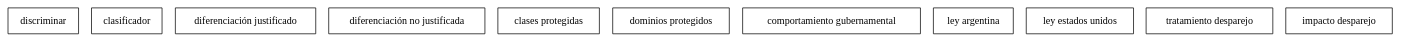
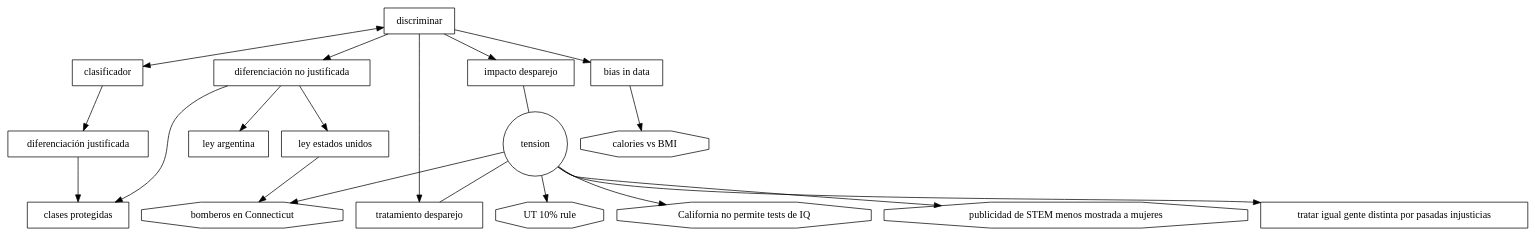
One commit to seppo0010/fairness-talk changed the diagram in main.dot. Above: the diagram before and after it, drawn with Graphviz.

Commit message:
progress

```diff
--- a/main.dot
+++ b/main.dot
@@ -2,26 +2,51 @@
     node [shape=box];
     discrimination [ label="discriminar" ];
     classifier [ label="clasificador" ];
-    justified_discrimination [ label="diferenciación justificado" ]
+    justified_discrimination [ label="diferenciación justificada" ]
     unjustified_discrimination [ label="diferenciación no justificada" ]
     protected_classes [ label="clases protegidas" ]
-    protected_domains [ label="dominios protegidos" ]
-    government_behavior [ label="comportamiento gubernamental" ]
     arg_law [ label="ley argentina" ]
     usa_law [ label="ley estados unidos" ]
     disparate_treatment [ label="tratamiento desparejo" ]
     disparate_impact [ label="impacto desparejo" ]
+    treat_similarly_disimilar_people_because_of_past_injustice [ label="tratar igual gente distinta por pasadas injusticias" ]
+    impact_treatment_tension[ label="tension" shape="circle" ]
+    firefighter_connecticut [ label="bomberos en Connecticut" shape="polygon" sides="8" ]
+    ut_10percent_rule [ label="UT 10% rule" shape="polygon" sides="8" ]
+    california_ban_iq_test [ label="California no permite tests de IQ" shape="polygon" sides="8" ]
+    stem_ad [ label="publicidad de STEM menos mostrada a mujeres" shape="polygon" sides="8" ]
+
+    // a survey on bias and fairness in Machine Learning, mehrabi
+    bias_in_data [ label="bias in data" ]
+    calories_bmi [ label="calories vs BMI" shape="polygon" sides="8" ]
+
+    discrimination->classifier [ dir=both ]
+    discrimination->unjustified_discrimination
+    classifier->justified_discrimination
+    justified_discrimination->protected_classes
+    unjustified_discrimination->protected_classes
+    unjustified_discrimination->usa_law
+    unjustified_discrimination->arg_law
+    usa_law->firefighter_connecticut
+    discrimination->disparate_treatment
+    discrimination->disparate_impact
+    disparate_impact->impact_treatment_tension->disparate_treatment [ dir=none maxlen=0.1 ]
+    impact_treatment_tension->firefighter_connecticut
+    impact_treatment_tension->ut_10percent_rule
+    impact_treatment_tension->california_ban_iq_test
+    impact_treatment_tension->treat_similarly_disimilar_people_because_of_past_injustice
+    impact_treatment_tension->stem_ad
+
+    discrimination->bias_in_data
+    bias_in_data->calories_bmi
 }
 
 /*
 no discriminación narrow: treat similar people similarly
 broad: equal oportunity if equally talented and ambitious
 in between: treat similarly disimilar people similarly becuase they look disimilar because of a past injustice (e.g.: born poor)
-tension between criteria
 
-firefighter in connecticut, white people results better, scrapped, sued by white people
-UT 10% rule
-black names 50% less callback chances in c
+black names 50% less callback chances in cv
 bias training doesn't work, formalize decision making does
 
 ML can help formilizing
@@ -70,14 +95,6 @@
 # Incluso haciendo estas cosas se puede mantener el sesgo
 
 https://pubsonline.informs.org/doi/10.1287/mnsc.2018.3093
-
-In addition to COMPAS,
-discriminatory behavior was also evident in an algorithm that would deliver advertisements promoting
-jobs in Science, Technology, Engineering, and Math (STEM) fields [74]. This advertisement was
-designed to deliver advertisements in a gender-neutral way. However, less women compared to
-men saw the advertisement due to gender-imbalance which would result in younger women being
-considered as a valuable subgroup and more expensive to show advertisements to
-
 
 a survey on bias and fairness in Machine Learning, mehrabi
 ejemplo de bias en data, calorías vs bmi
```
